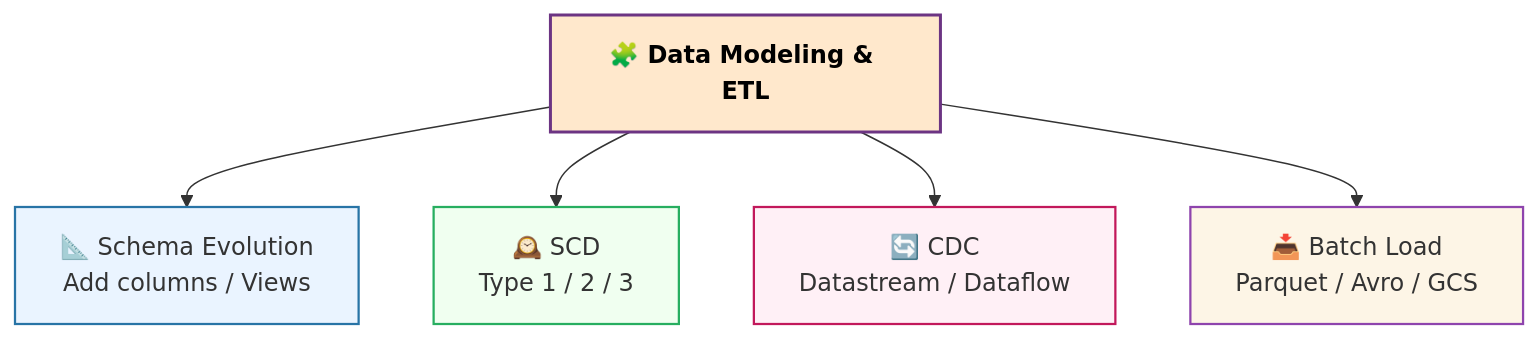
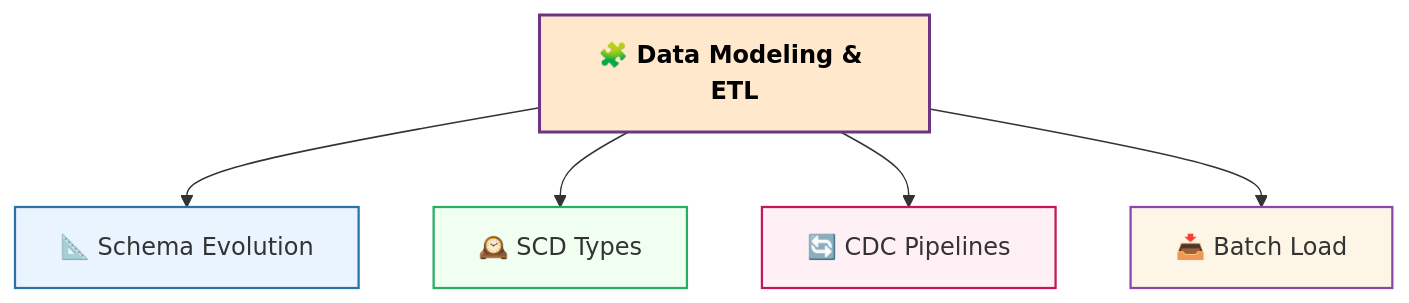
The sixth of 8 diagrams in GCP-interview.md (blaire101/DE2-AWS-Azure-GCP-2025), drawn with Mermaid before and after one commit. The commit also changed other lines of this file, not shown here.

````diff
--- a/GCP-interview.md
+++ b/GCP-interview.md
@@ -283,24 +213,18 @@
 ```mermaid
 flowchart TB
-    %% ===== Styles =====
     classDef main fill:#ffe8cc,stroke:#6c3483,stroke-width:2px,font-weight:bold,color:#000
     classDef schema fill:#eaf4ff,stroke:#2874a6,stroke-width:1.5px
     classDef scd fill:#f0fff0,stroke:#27ae60,stroke-width:1.5px
     classDef cdc fill:#fff0f6,stroke:#c2185b,stroke-width:1.5px
     classDef batch fill:#fdf5e6,stroke:#8e44ad,stroke-width:1.5px
 
-    %% ===== Main Node =====
     A[🧩 Data Modeling & ETL]:::main
-
-    %% ===== Sub Nodes =====
-    B[📐 Schema Evolution<br>Add columns / Views]:::schema
-    C[🕰️ SCD<br>Type 1 / 2 / 3]:::scd
-    D[🔄 CDC<br>Datastream / Dataflow]:::cdc
-    E[📥 Batch Load<br>Parquet / Avro / GCS]:::batch
-
-    %% ===== Layout =====
+    B[📐 Schema Evolution]:::schema
+    C[🕰️ SCD Types]:::scd
+    D[🔄 CDC Pipelines]:::cdc
+    E[📥 Batch Load]:::batch
     A --> B
     A --> C
     A --> D
     A --> E
 ```
````
